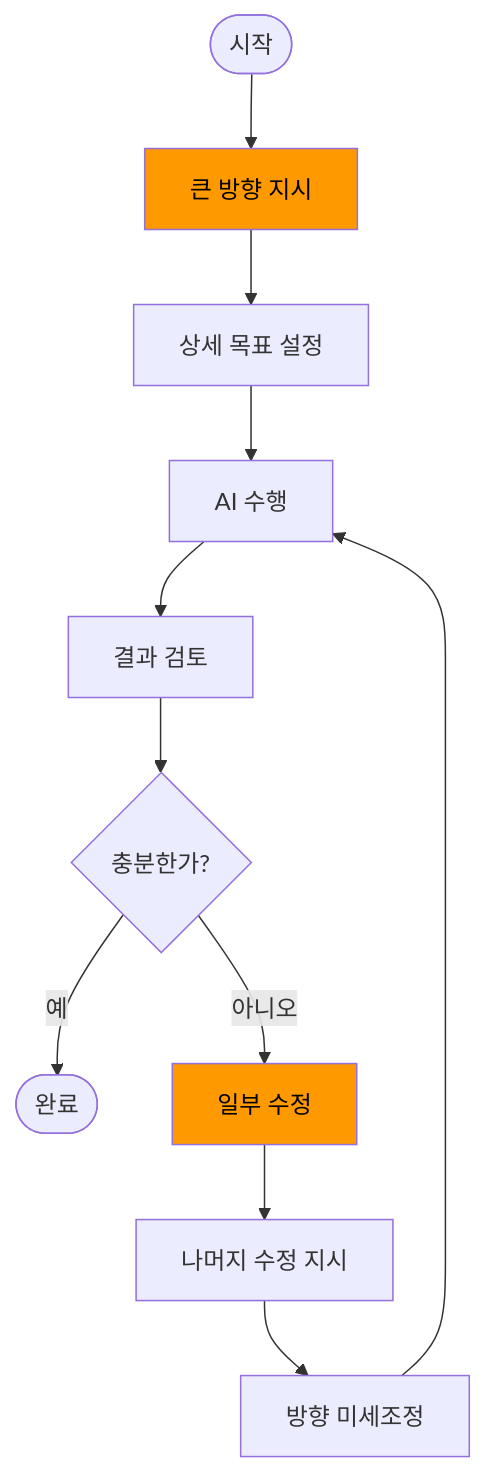
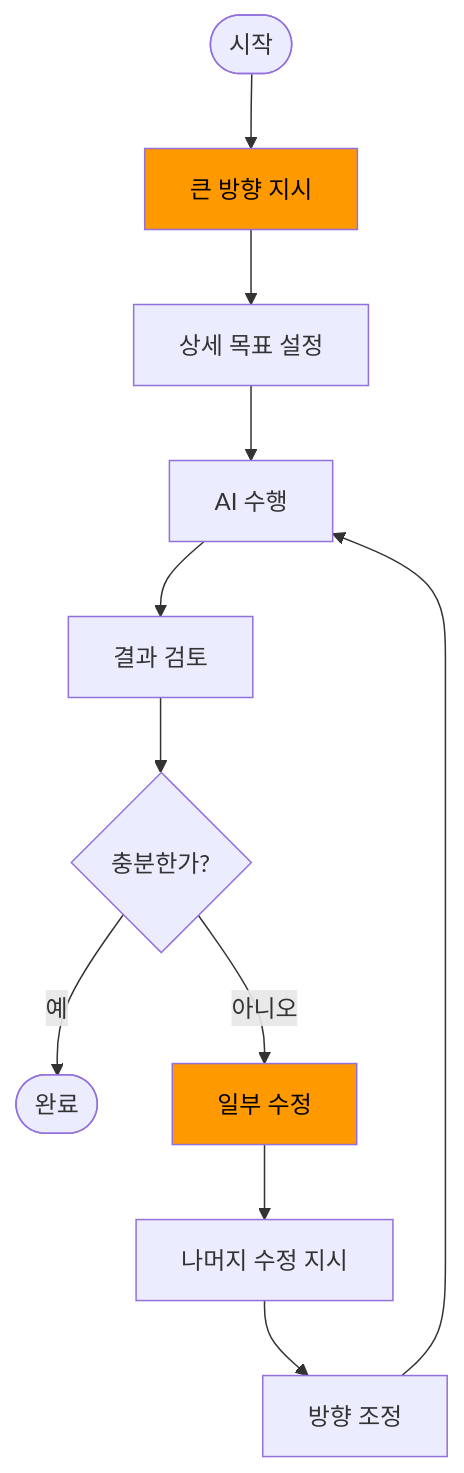
One commit to JustBurrow/JustBurrow.github.io changed the diagram in _posts/2026-05-24-future-job.md. Above: the diagram before and after it, drawn with Mermaid. The commit also changed other lines of this file, not shown here.

````diff
--- a/_posts/2026-05-24-future-job.md
+++ b/_posts/2026-05-24-future-job.md
@@ -16,15 +16,15 @@
 ```mermaid
 flowchart TD
     A([시작]) --> B[큰 방향 지시]
     B --> C[상세 목표 설정]
     C --> D[AI 수행]
     D --> E[결과 검토]
     E --> F{충분한가?}
     F -- 예 --> G([완료])
     F -- 아니오 --> H[일부 수정]
     H --> I[나머지 수정 지시]
-    I --> J[방향 미세조정]
+    I --> J[방향 조정]
     J --> D
     style B fill:#f90,color:#000
     style H fill:#f90,color:#000
 ```
````
